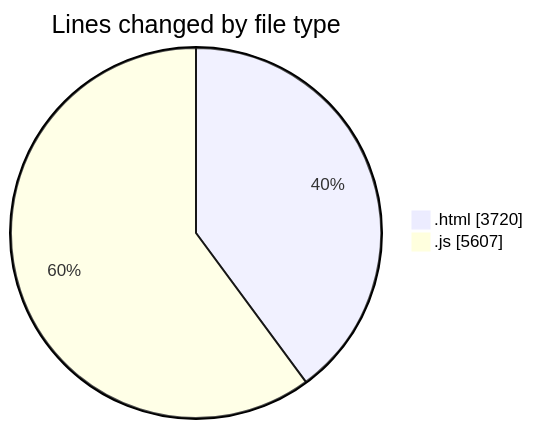
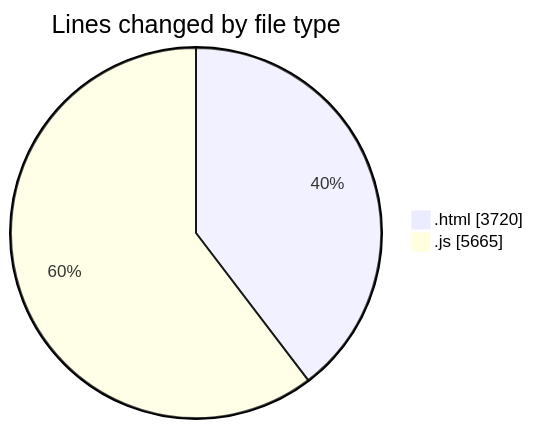
Before and after one commit to becaeroporto-bot/code-tracking: the first of 2 diagrams in 2026-02-19/bot_v1_2/README.md, drawn with Mermaid. The commit also changed other lines of this file and 1 other file, not shown here.

````diff
--- a/2026-02-19/bot_v1_2/README.md
+++ b/2026-02-19/bot_v1_2/README.md
@@ -28,6 +28,6 @@
 ```mermaid
 pie showData
 title Lines changed by file type
 ".html" : 3720
-".js" : 5607
+".js" : 5665
 ```
````
